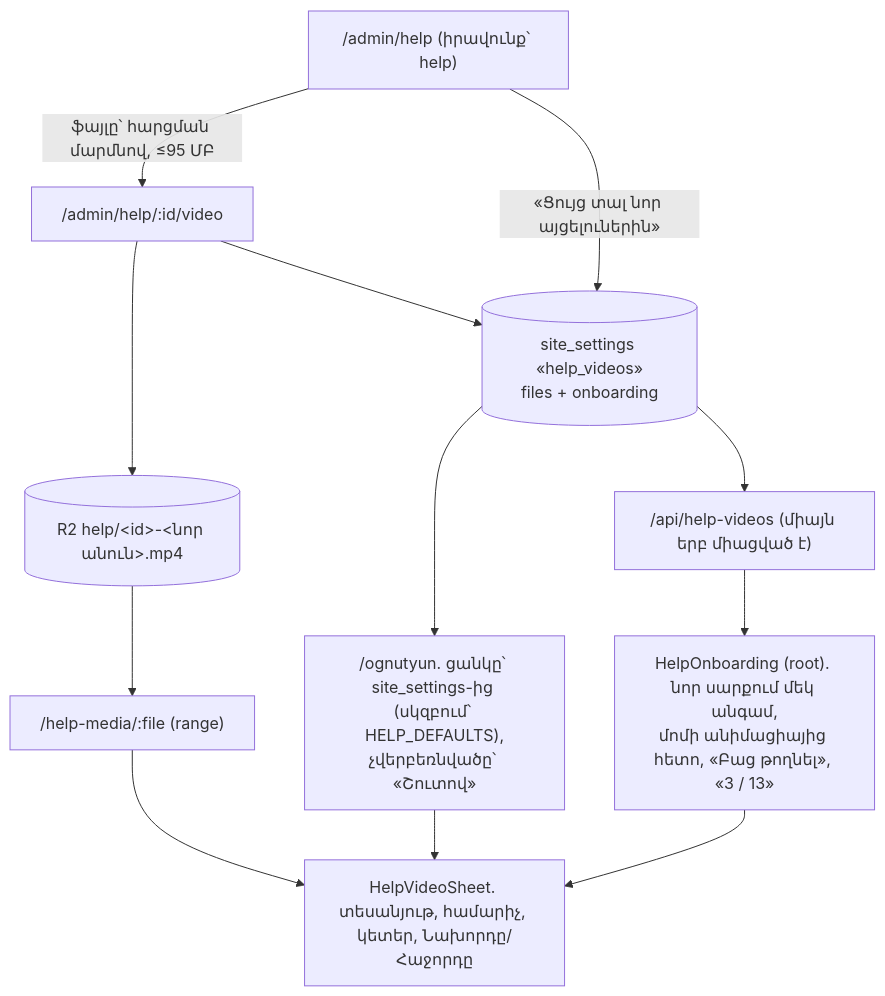
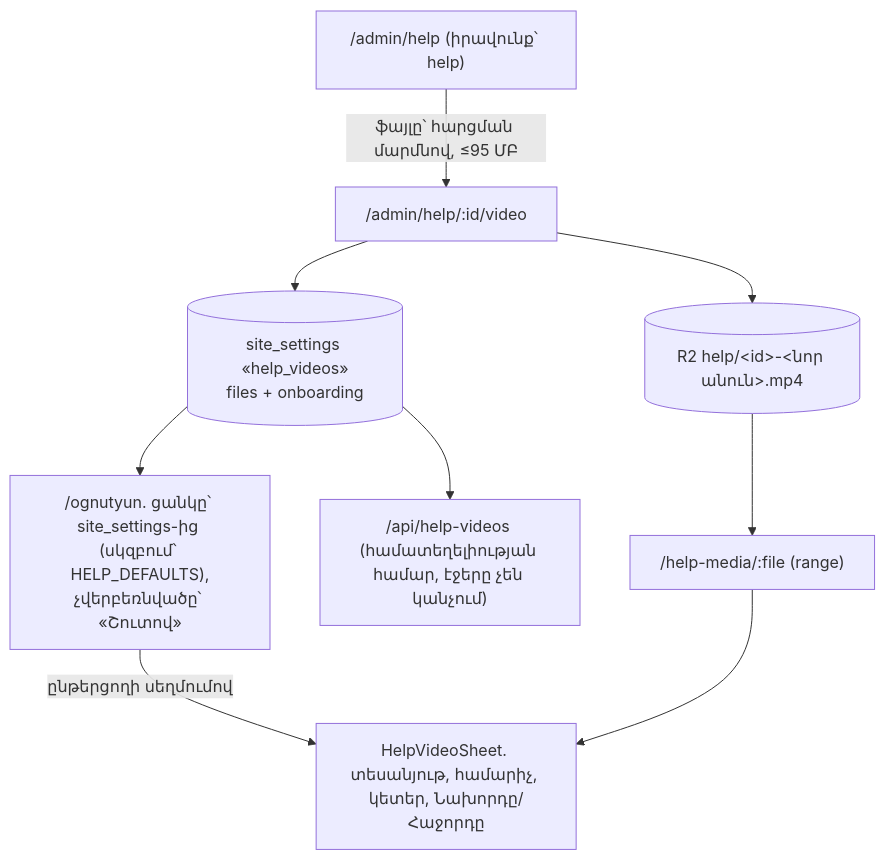
One commit to T0n0yan/armenian-apostolic-digital-library changed diagram 17 of 26 in docs/ARCHITECTURE.md. Above: the diagram before and after it, drawn with Mermaid. The commit also changed other lines of this file and 27 other files, not shown here.

````diff
--- a/docs/ARCHITECTURE.md
+++ b/docs/ARCHITECTURE.md
@@ -510,11 +510,9 @@
 ```mermaid
 flowchart TD
   ADM["/admin/help (իրավունք՝ help)"] -->|"ֆայլը՝ հարցման մարմնով, ≤95 ՄԲ"| UP["/admin/help/:id/video"] --> R2[("R2 help/&lt;id&gt;-&lt;նոր անուն&gt;.mp4")]
   UP --> SET[("site_settings «help_videos»<br/>files + onboarding")]
-  ADM -->|"«Ցույց տալ նոր այցելուներին»"| SET
   SET --> PAGE["/ognutyun. ցանկը՝ site_settings-ից (սկզբում՝ HELP_DEFAULTS),<br/>չվերբեռնվածը՝ «Շուտով»"]
-  SET --> API["/api/help-videos (միայն երբ միացված է)"]
-  API --> ONB["HelpOnboarding (root). նոր սարքում մեկ անգամ,<br/>մոմի անիմացիայից հետո, «Բաց թողնել», «3 / 13»"]
-  PAGE & ONB --> SHEET["HelpVideoSheet. տեսանյութ, համարիչ, կետեր, Նախորդը/Հաջորդը"]
+  SET --> API["/api/help-videos (համատեղելիության համար, էջերը չեն կանչում)"]
+  PAGE -->|"ընթերցողի սեղմումով"| SHEET["HelpVideoSheet. տեսանյութ, համարիչ, կետեր, Նախորդը/Հաջորդը"]
   R2 --> MEDIA["/help-media/:file (range)"] --> SHEET
 ```
````
